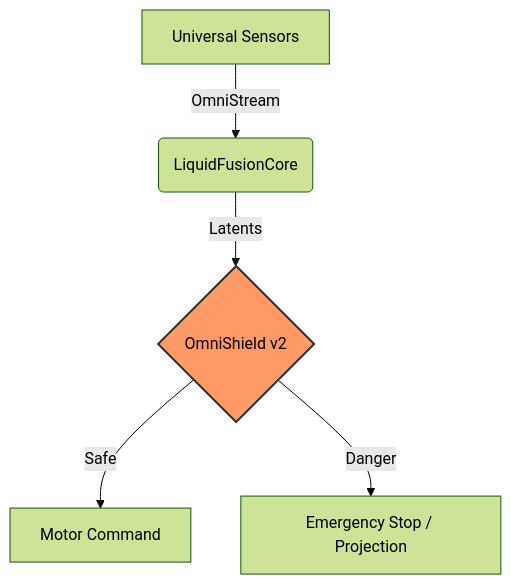
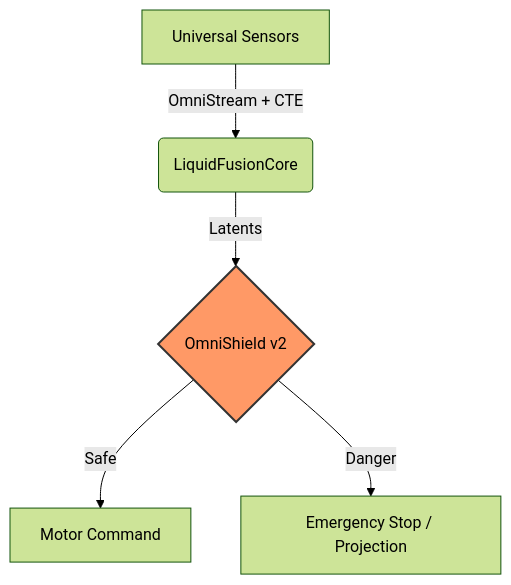
One commit to Mrmyms/Omnitrain changed the diagram in README.md. Above: the diagram before and after it, drawn with Mermaid (forest theme). The commit also changed other lines of this file and 8 other files, not shown here.

First line of the commit message:
feat(core): implement Continuous Temporal Encoding (CTE) and Curriculum Scheduler

````diff
--- a/README.md
+++ b/README.md
@@ -50,8 +52,8 @@
 ```mermaid
 graph TD
-    A[Universal Sensors] -->|OmniStream| B(LiquidFusionCore)
+    A[Universal Sensors] -->|OmniStream + CTE| B(LiquidFusionCore)
     B -->|Latents| C{OmniShield v2}
     C -->|Safe| D[Motor Command]
     C -->|Danger| E[Emergency Stop / Projection]
     style C fill:#f96,stroke:#333,stroke-width:2px
 ```
````
